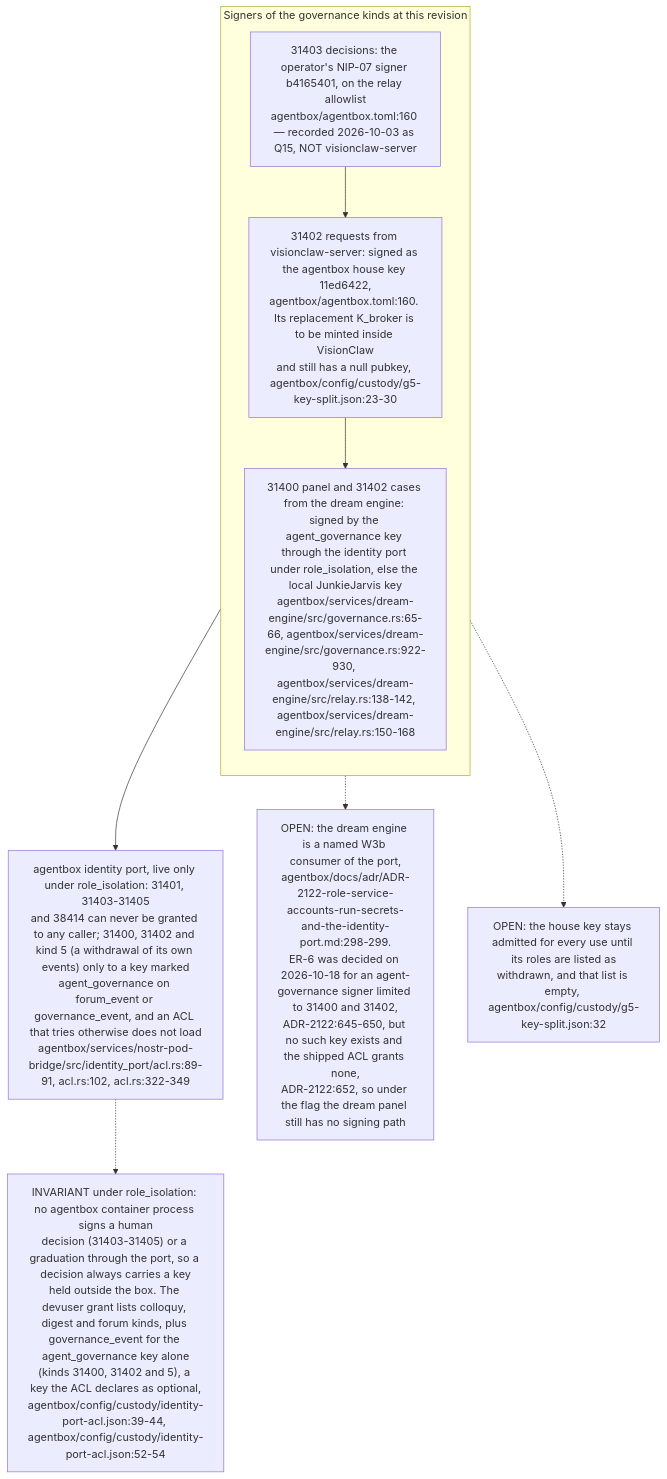
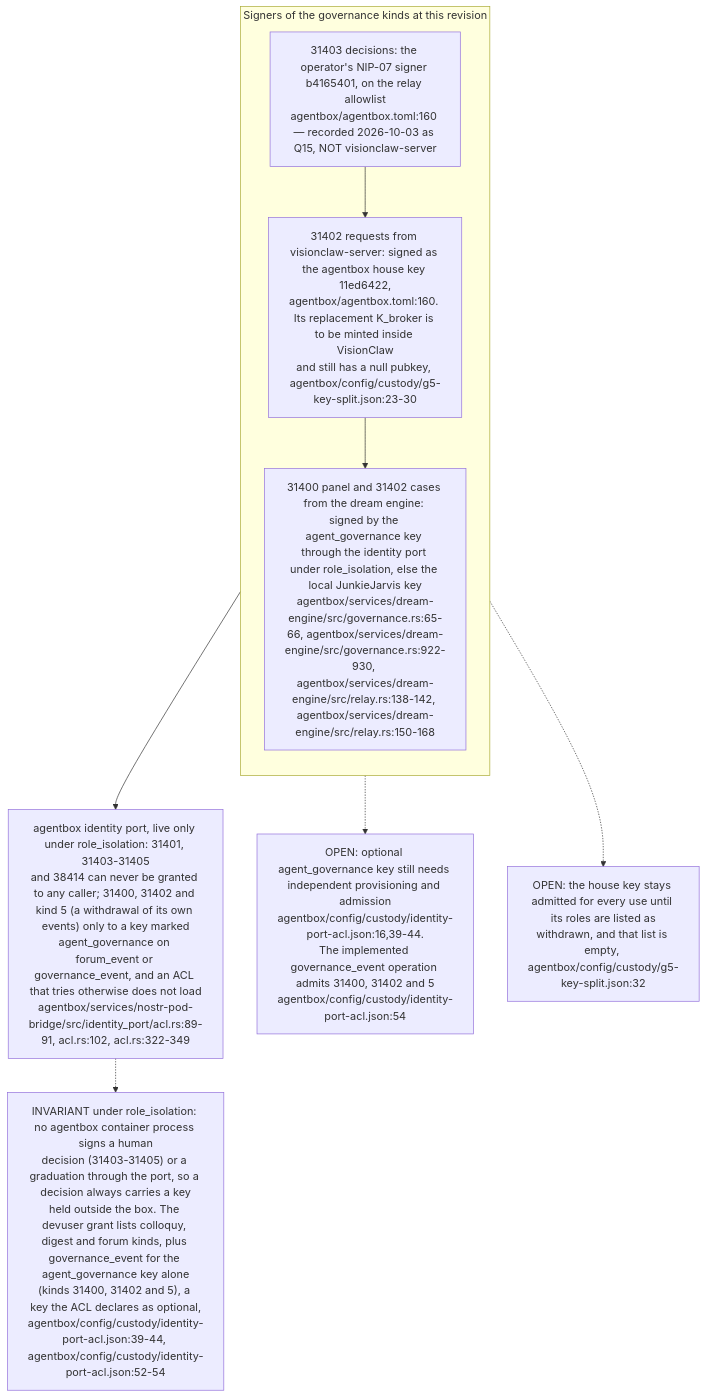
One commit to DreamLab-AI/VisionFlow changed diagram 11 of 12 in docs/diagrams/estate/05-governance-loop-across-estate.md. Above: the diagram before and after it, drawn with Mermaid. The commit also changed other lines of this file and 9 other files, not shown here.

````diff
--- a/docs/diagrams/estate/05-governance-loop-across-estate.md
+++ b/docs/diagrams/estate/05-governance-loop-across-estate.md
@@ -367,15 +367,15 @@
 ```mermaid
 flowchart TB
     subgraph SIGNERS["Signers of the governance kinds at this revision"]
         direction TB
         DEC["31403 decisions: the operator's NIP-07 signer b4165401, on the relay allowlist<br/>agentbox/agentbox.toml:160 — recorded 2026-10-03 as Q15, NOT visionclaw-server"]
         VCS["31402 requests from visionclaw-server: signed as the agentbox house key 11ed6422,<br/>agentbox/agentbox.toml:160. Its replacement K_broker is to be minted inside VisionClaw<br/>and still has a null pubkey, agentbox/config/custody/g5-key-split.json:23-30"]
         JJ["31400 panel and 31402 cases from the dream engine: signed by the agent_governance key through the identity port under role_isolation, else the local JunkieJarvis key<br/>agentbox/services/dream-engine/src/governance.rs:65-66, agentbox/services/dream-engine/src/governance.rs:922-930, agentbox/services/dream-engine/src/relay.rs:138-142, agentbox/services/dream-engine/src/relay.rs:150-168"]
         DEC --> VCS --> JJ
     end
     PORT["agentbox identity port, live only under role_isolation: 31401, 31403-31405<br/>and 38414 can never be granted to any caller; 31400, 31402 and kind 5 (a withdrawal of its own events) only to a key marked<br/>agent_governance on forum_event or governance_event, and an ACL that tries otherwise does not load<br/>agentbox/services/nostr-pod-bridge/src/identity_port/acl.rs:89-91, acl.rs:102, acl.rs:322-349"]
     SIGNERS --> PORT
     PORT -.-> INV["INVARIANT under role_isolation: no agentbox container process signs a human<br/>decision (31403-31405) or a graduation through the port, so a decision always carries a key<br/>held outside the box. The devuser grant lists colloquy, digest and forum kinds, plus governance_event for the agent_governance key alone<br/>(kinds 31400, 31402 and 5), a key the ACL declares as optional,<br/>agentbox/config/custody/identity-port-acl.json:39-44, agentbox/config/custody/identity-port-acl.json:52-54"]
-    JJ -.-> TEN["OPEN: the dream engine is a named W3b consumer of the port,<br/>agentbox/docs/adr/ADR-2122-role-service-accounts-run-secrets-and-the-identity-port.md:298-299.<br/>ER-6 was decided on 2026-10-18 for an agent-governance signer limited to 31400 and 31402,<br/>ADR-2122:645-650, but no such key exists and the shipped ACL grants none,<br/>ADR-2122:652, so under the flag the dream panel still has no signing path"]
+    JJ -.-> TEN["OPEN: optional agent_governance key still needs independent provisioning and admission<br/>agentbox/config/custody/identity-port-acl.json:16,39-44.<br/>The implemented governance_event operation admits 31400, 31402 and 5<br/>agentbox/config/custody/identity-port-acl.json:54"]
     VCS -.-> OPN["OPEN: the house key stays admitted for every use until its roles are listed as<br/>withdrawn, and that list is empty, agentbox/config/custody/g5-key-split.json:32"]
 ```
````
